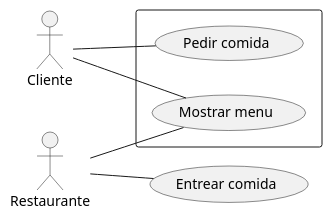
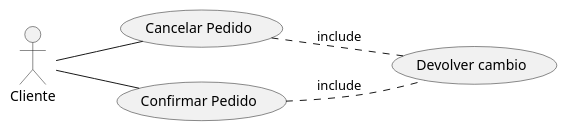
One commit to Carlosmanuelpre/CasosDeUsoUML changed the diagram in src/CasosDeUsoUML.puml. Above: the diagram before and after it, drawn with PlantUML.

Commit message:
En este apartado he realizado una inclusion de las clases de uso pertenecientes a cliente con "Devolver cambio", he dejado algunos datos de ejercicios anteriores como las abreviaturas de los nombres porque me han seguido siendo utiles

```diff
--- a/src/CasosDeUsoUML.puml
+++ b/src/CasosDeUsoUML.puml
@@ -2,18 +2,14 @@
 @startuml
 left to right direction
  actor Cliente as g
- actor Restaurante as c
 
+ usecase (Cancelar Pedido)
+ usecase (Confirmar Pedido)
 
- Rectangle  {
-  usecase "Pedir comida" as UC1
-  usecase "Mostrar menu" as UC2
+g --(Confirmar Pedido)
+g --(Cancelar Pedido)
+(Devolver cambio)
 
-}
-
-g -- UC1
-g -- UC2
-c -- UC2
-c --(Entrear comida)
-
+(Cancelar Pedido)..(Devolver cambio): include
+(Confirmar Pedido)..(Devolver cambio):include
 @enduml
```
